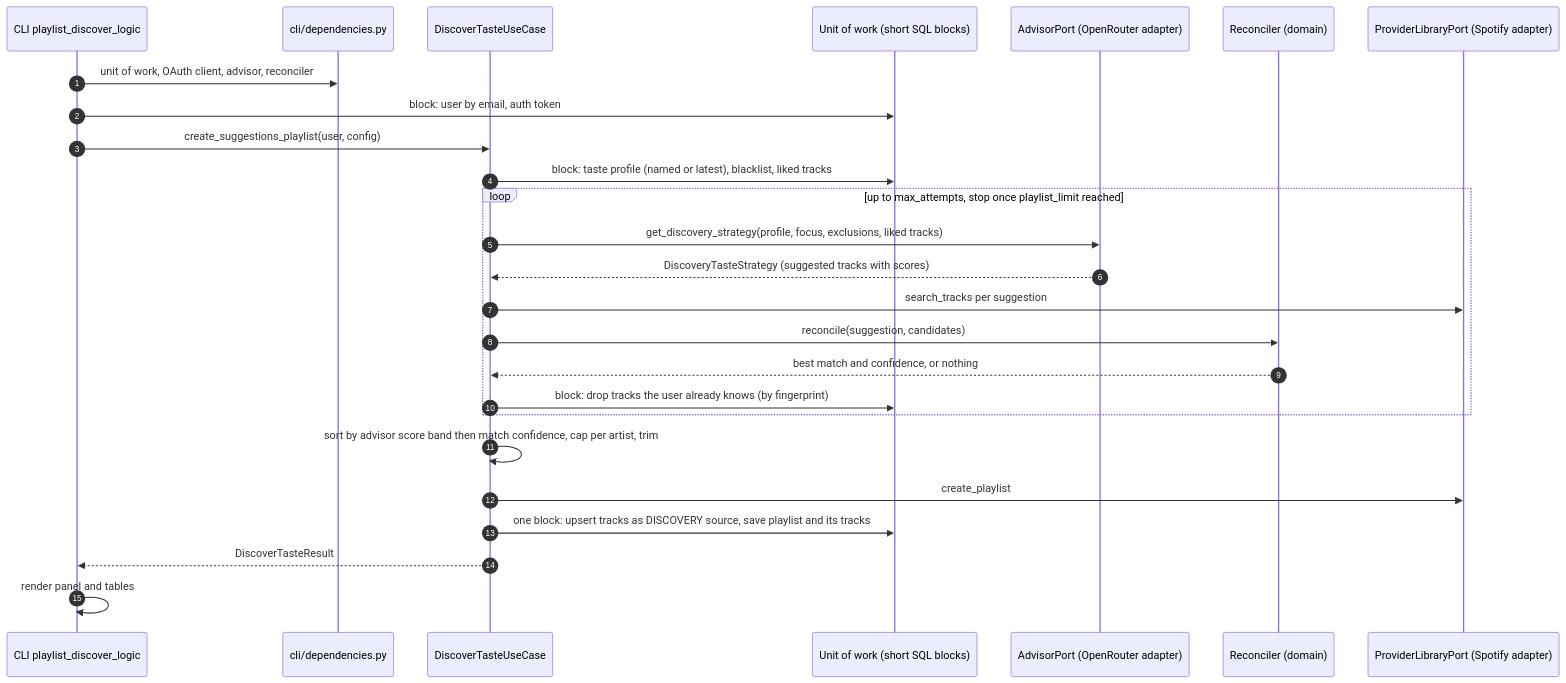
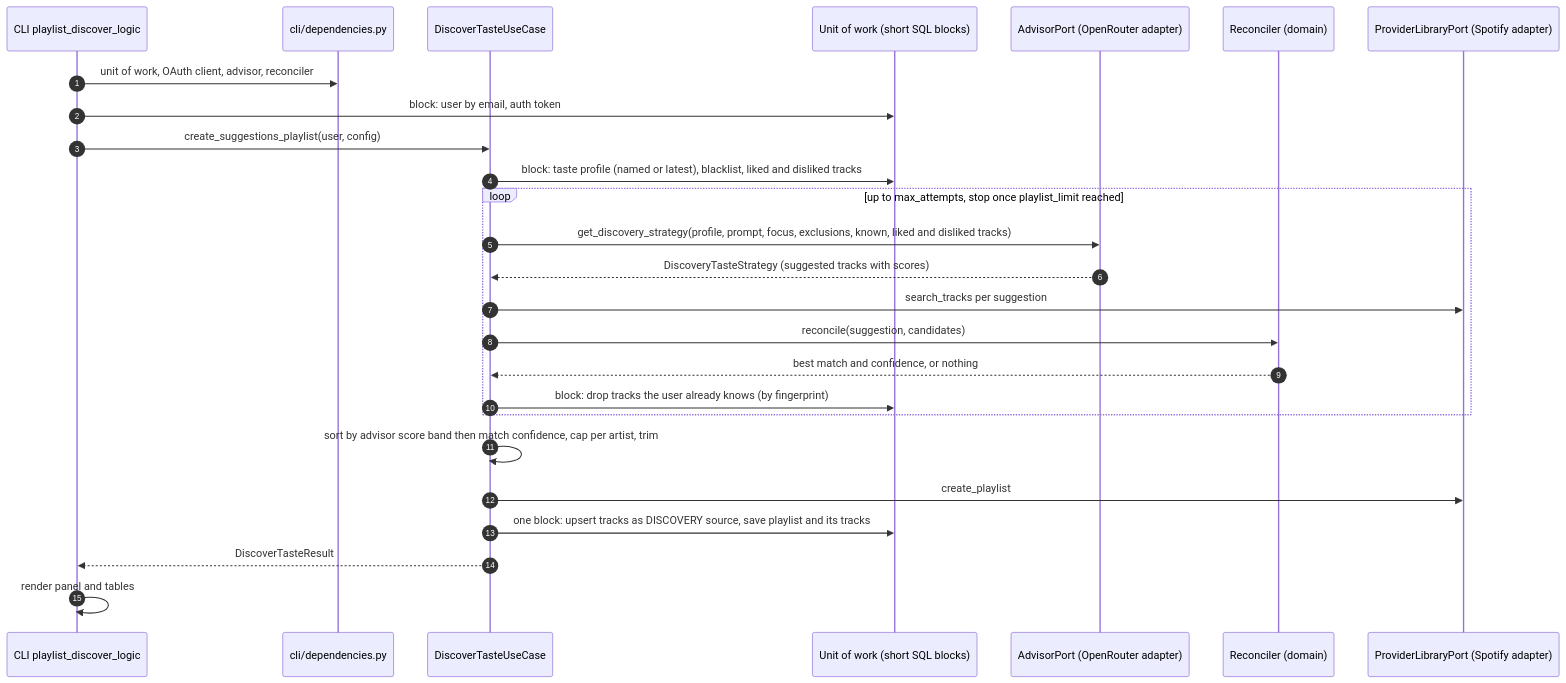
The second of 2 diagrams in docs/technical/architecture.md (ychab/museflow), drawn with Mermaid before and after one commit. The commit also changed other lines of this file and 12 other files, not shown here.

First line of the commit message:
feat(discover): give the advisor disliked tracks and the known-track signal

````diff
--- a/docs/technical/architecture.md
+++ b/docs/technical/architecture.md
@@ -72,29 +72,29 @@
 ```mermaid
 sequenceDiagram
     autonumber
     participant CLI as CLI playlist_discover_logic
     participant DI as cli/dependencies.py
     participant UC as DiscoverTasteUseCase
     participant UoW as Unit of work (short SQL blocks)
     participant Adv as AdvisorPort (OpenRouter adapter)
     participant Rec as Reconciler (domain)
     participant Lib as ProviderLibraryPort (Spotify adapter)
 
     CLI->>DI: unit of work, OAuth client, advisor, reconciler
     CLI->>UoW: block: user by email, auth token
     CLI->>UC: create_suggestions_playlist(user, config)
-    UC->>UoW: block: taste profile (named or latest), blacklist, liked tracks
+    UC->>UoW: block: taste profile (named or latest), blacklist, liked and disliked tracks
     loop up to max_attempts, stop once playlist_limit reached
-        UC->>Adv: get_discovery_strategy(profile, focus, exclusions, liked tracks)
+        UC->>Adv: get_discovery_strategy(profile, prompt, focus, exclusions, known, liked and disliked tracks)
         Adv-->>UC: DiscoveryTasteStrategy (suggested tracks with scores)
         UC->>Lib: search_tracks per suggestion
         UC->>Rec: reconcile(suggestion, candidates)
         Rec-->>UC: best match and confidence, or nothing
         UC->>UoW: block: drop tracks the user already knows (by fingerprint)
     end
     UC->>UC: sort by advisor score band then match confidence, cap per artist, trim
     UC->>Lib: create_playlist
     UC->>UoW: one block: upsert tracks as DISCOVERY source, save playlist and its tracks
     UC-->>CLI: DiscoverTasteResult
     CLI->>CLI: render panel and tables
 ```
````
